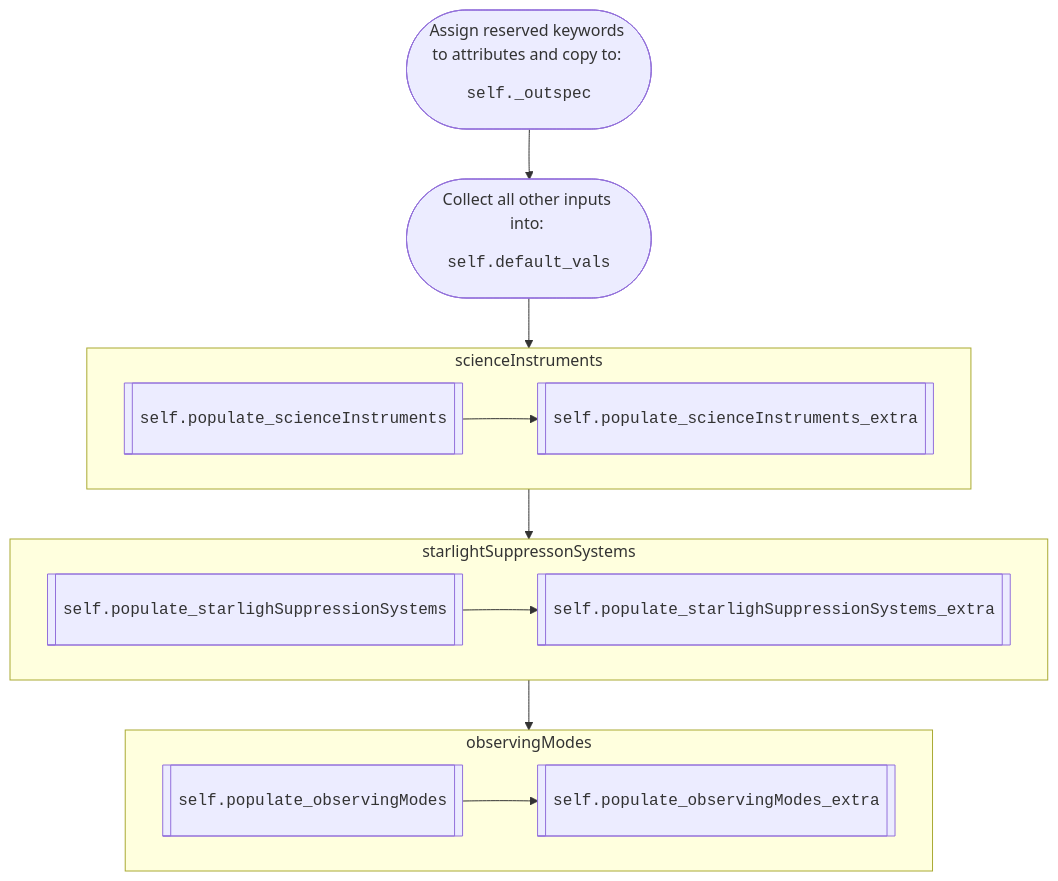
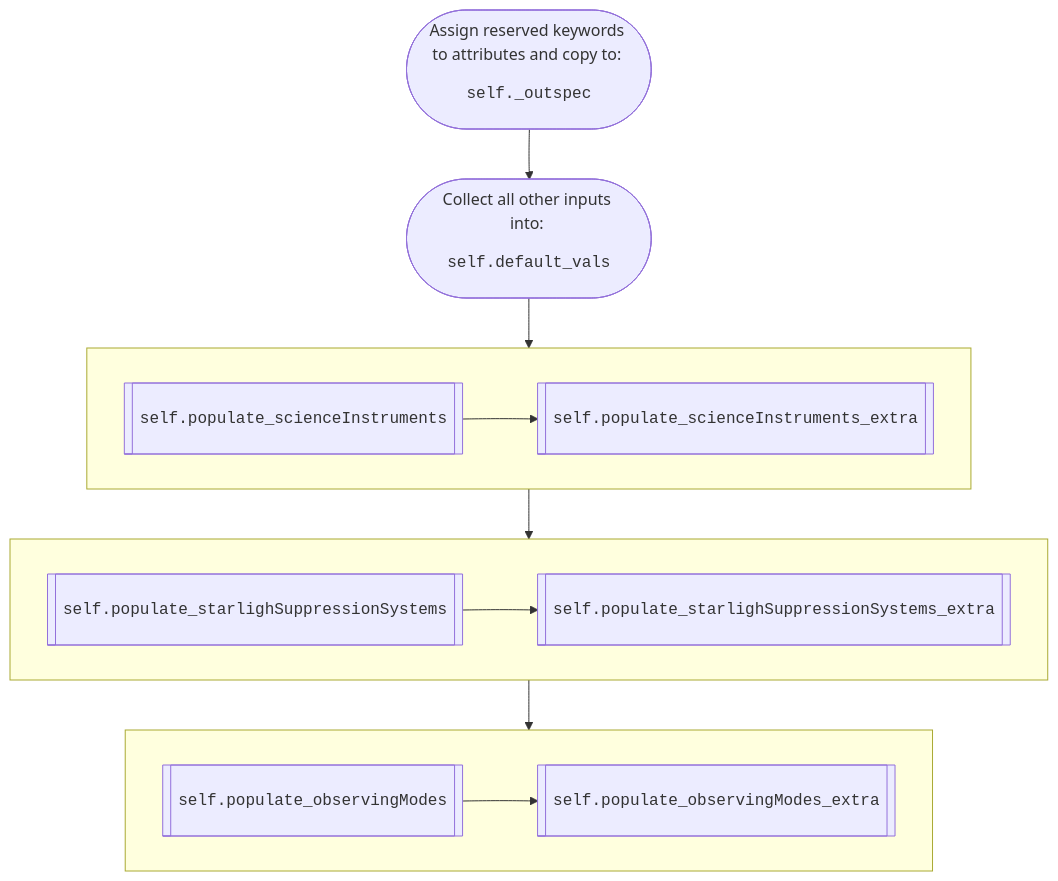
The diagram in documentation/opticalsystem_init.mmd (dsavransky/EXOSIMS), drawn with Mermaid before and after one commit. The commit also changed other lines of this file, not shown here.

Commit message:
fixing typo in new init diagram

```diff
--- a/documentation/opticalsystem_init.mmd
+++ b/documentation/opticalsystem_init.mmd
@@ -1,13 +1,13 @@
 flowchart TB
-    subgraph scienceInstruments
+    subgraph scienceInstruments[ ]
     direction LR
     C[[<pre>self.populate_scienceInstruments</pre>]] --> D[[<pre>self.populate_scienceInstruments_extra</pre>]]
     end
-    subgraph starlightSuppressonSystems
+    subgraph starlightSuppressionSystems[ ]
     E[[<pre>self.populate_starlighSuppressionSystems</pre>]] -->F[[<pre>self.populate_starlighSuppressionSystems_extra</pre>]]
     end
-    subgraph observingModes
+    subgraph observingModes[ ]
     G[[<pre>self.populate_observingModes</pre>]] -->H[[<pre>self.populate_observingModes_extra</pre>]]
     end
 
-    A([Assign reserved keywords to attributes and copy to: <pre>self._outspec</pre>])-->B([Collect all other inputs into: <pre>self.default_vals</pre>])-->scienceInstruments-->starlightSuppressonSystems-->observingModes
+    A([Assign reserved keywords to attributes and copy to: <pre>self._outspec</pre>])-->B([Collect all other inputs into: <pre>self.default_vals</pre>])-->scienceInstruments-->starlightSuppressionSystems-->observingModes
```
